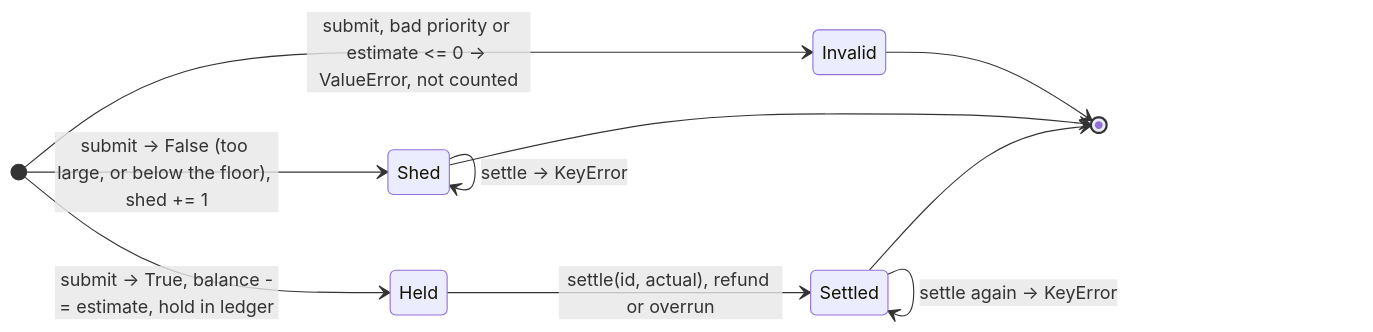
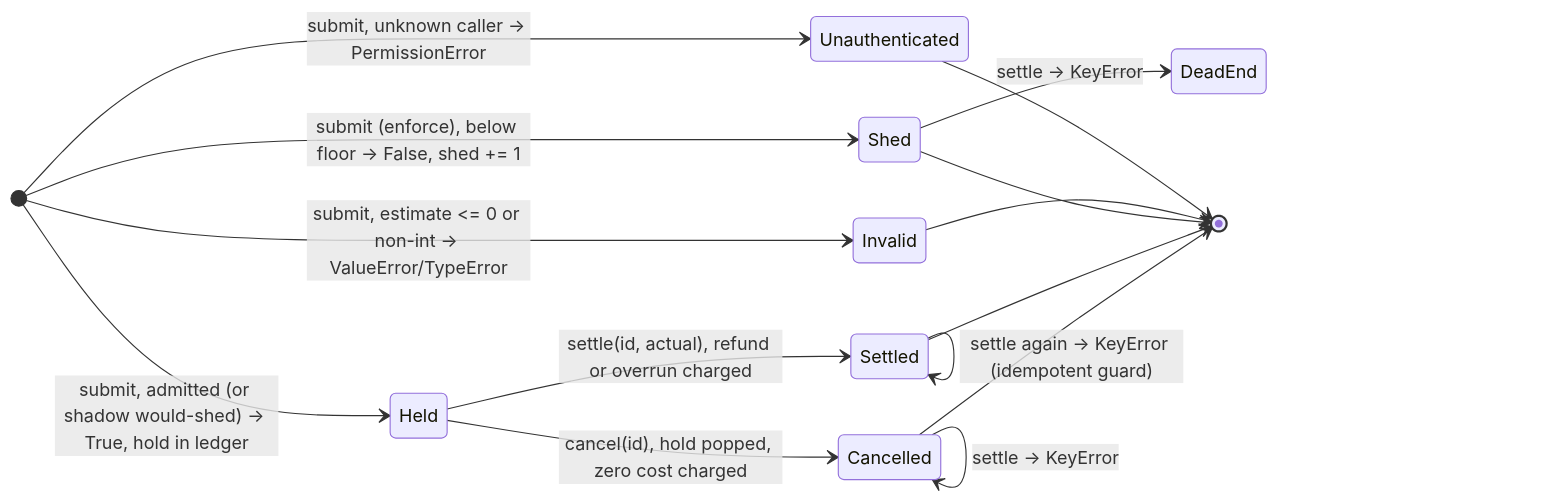
Before and after one commit to donbr/fde-engagement-pattern: the diagram in use_case/evals/README.md, drawn with Mermaid. The commit also changed other lines of this file and 12 other files, not shown here.

Commit message:
fix: resolve review findings on docs, diagrams, shedder clock, and provenance

````diff
--- a/use_case/evals/README.md
+++ b/use_case/evals/README.md
@@ -69,13 +73,18 @@
 ```mermaid
 stateDiagram-v2
     direction LR
-    [*] --> Invalid: submit, bad priority or estimate <= 0 -> ValueError, not counted
-    [*] --> Shed: submit -> False (too large, or below the floor), shed += 1
-    [*] --> Held: submit -> True, balance -= estimate, hold in ledger
-    Held --> Settled: settle(id, actual), refund or overrun
-    Shed --> Shed: settle -> KeyError
-    Settled --> Settled: settle again -> KeyError
+    [*] --> Unauthenticated: submit, unknown caller -> PermissionError
+    [*] --> Invalid: submit, estimate <= 0 or non-int -> ValueError/TypeError
+    [*] --> Shed: submit (enforce), below floor -> False, shed += 1
+    [*] --> Held: submit, admitted (or shadow would-shed) -> True, hold in ledger
+    Held --> Settled: settle(id, actual), refund or overrun charged
+    Held --> Cancelled: cancel(id), hold popped, zero cost charged
+    Shed --> DeadEnd: settle -> KeyError
+    Settled --> Settled: settle again -> KeyError (idempotent guard)
+    Cancelled --> Cancelled: settle -> KeyError
+    Unauthenticated --> [*]
     Invalid --> [*]
     Shed --> [*]
     Settled --> [*]
+    Cancelled --> [*]
 ```
````
